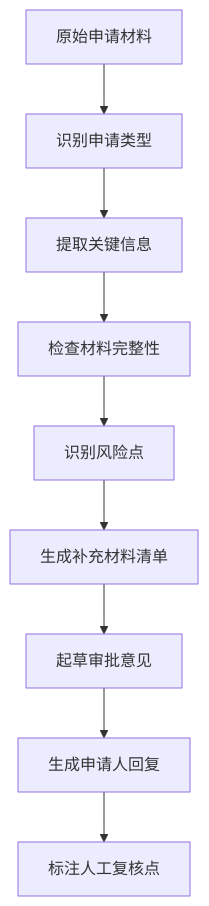
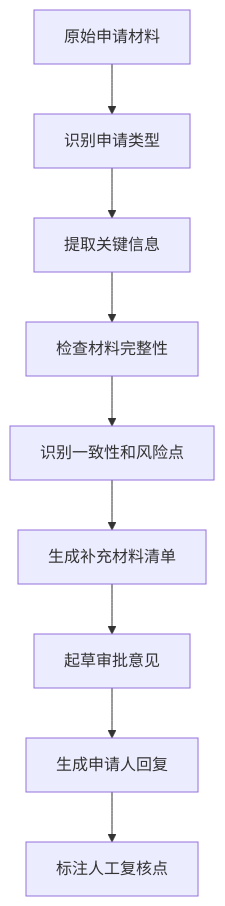
One commit to AICode-Nexus/ai-first-administration changed the second of 3 diagrams in AI-First行政思维转型/final-content.md. Above: the diagram before and after it, drawn with Mermaid. The commit also changed other lines of this file and 13 other files, not shown here.

````diff
--- a/AI-First行政思维转型/final-content.md
+++ b/AI-First行政思维转型/final-content.md
@@ -214,11 +292,11 @@
 ```mermaid
 flowchart TD
     A[原始申请材料] --> B[识别申请类型]
     B --> C[提取关键信息]
     C --> D[检查材料完整性]
-    D --> E[识别风险点]
+    D --> E[识别一致性和风险点]
     E --> F[生成补充材料清单]
     F --> G[起草审批意见]
     G --> H[生成申请人回复]
     H --> I[标注人工复核点]
 ```
````
